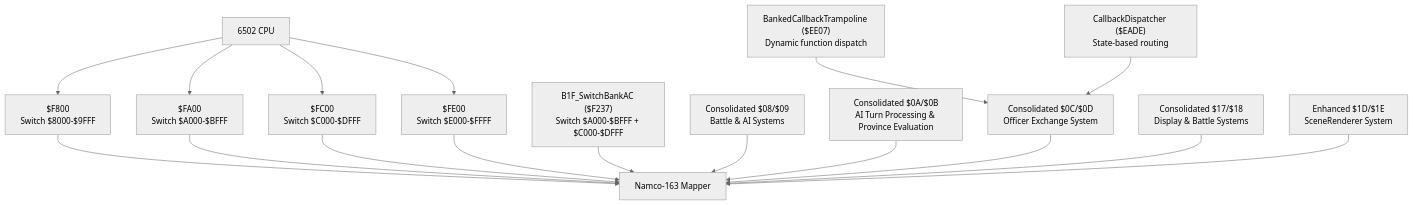
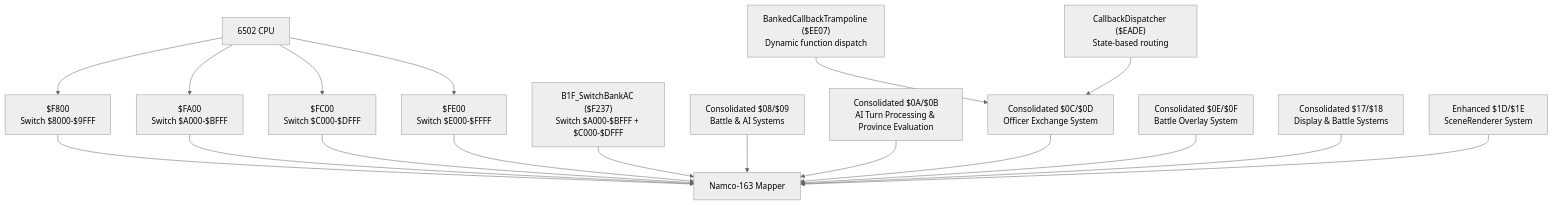
One commit to rabbyzero/sango2dasm changed the second of 3 diagrams in .qoder/repowiki/en/content/Assembly Architecture/Bank Organization and Memory Layout/Bank Organization and Memory Layout.md. Above: the diagram before and after it, drawn with Mermaid (neutral theme). The commit also changed other lines of this file and 33 other files, not shown here.

````diff
--- a/.qoder/repowiki/en/content/Assembly Architecture/Bank Organization and Memory Layout/Bank Organization and Memory Layout.md
+++ b/.qoder/repowiki/en/content/Assembly Architecture/Bank Organization and Memory Layout/Bank Organization and Memory Layout.md
@@ -155,33 +170,35 @@
 ```mermaid
 graph TB
 CPU["6502 CPU"]
 MAPPER["Namco-163 Mapper"]
 REG8000["$F800<br/>Switch $8000-$9FFF"]
 REGA000["$FA00<br/>Switch $A000-$BFFF"]
 REGC000["$FC00<br/>Switch $C000-$DFFF"]
 REGE000["$FE00<br/>Switch $E000-$FFFF"]
 SWITCHAC["B1F_SwitchBankAC ($F237)<br/>Switch $A000-$BFFF + $C000-$DFFF"]
 TRAMPOLINE["BankedCallbackTrampoline ($EE07)<br/>Dynamic function dispatch"]
 DISPATCHER["CallbackDispatcher ($EADE)<br/>State-based routing"]
 SWITCH0809["Consolidated $08/$09<br/>Battle & AI Systems"]
 SWITCH0A0B["Consolidated $0A/$0B<br/>AI Turn Processing & Province Evaluation"]
 SWITCH0C0D["Consolidated $0C/$0D<br/>Officer Exchange System"]
+SWITCH0E0F["Consolidated $0E/$0F<br/>Battle Overlay System"]
 SWITCH1718["Consolidated $17/$18<br/>Display & Battle Systems"]
 SWITCH1D1E["Enhanced $1D/$1E<br/>SceneRenderer System"]
 CPU --> REG8000
 CPU --> REGA000
 CPU --> REGC000
 CPU --> REGE000
 REG8000 --> MAPPER
 REGA000 --> MAPPER
 REGC000 --> MAPPER
 REGE000 --> MAPPER
 SWITCHAC --> MAPPER
 TRAMPOLINE --> SWITCH0C0D
 DISPATCHER --> SWITCH0C0D
 SWITCH0809 --> MAPPER
 SWITCH0A0B --> MAPPER
 SWITCH0C0D --> MAPPER
+SWITCH0E0F --> MAPPER
 SWITCH1718 --> MAPPER
 SWITCH1D1E --> MAPPER
 ```
````
